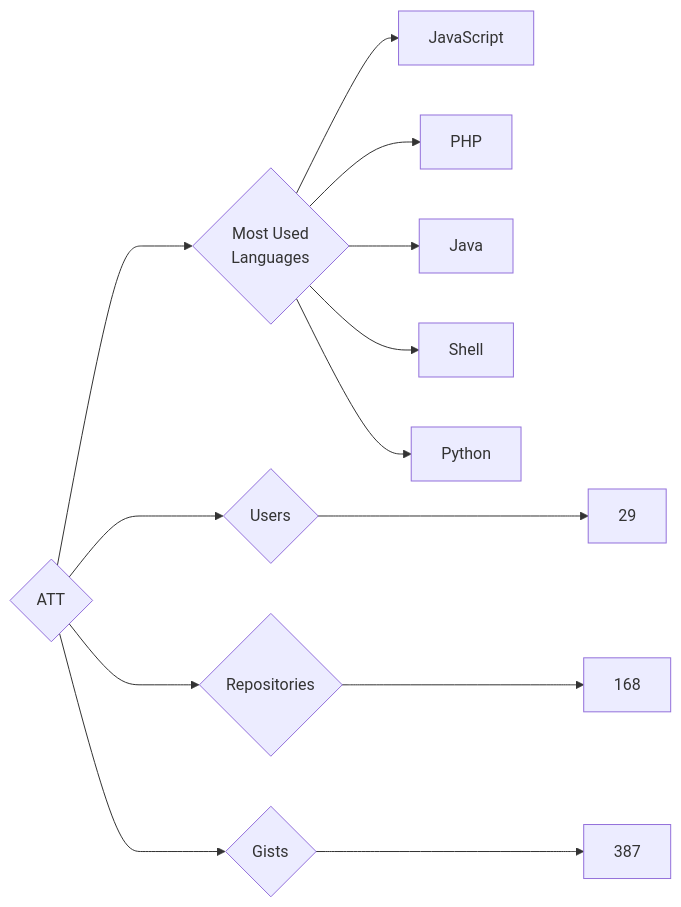
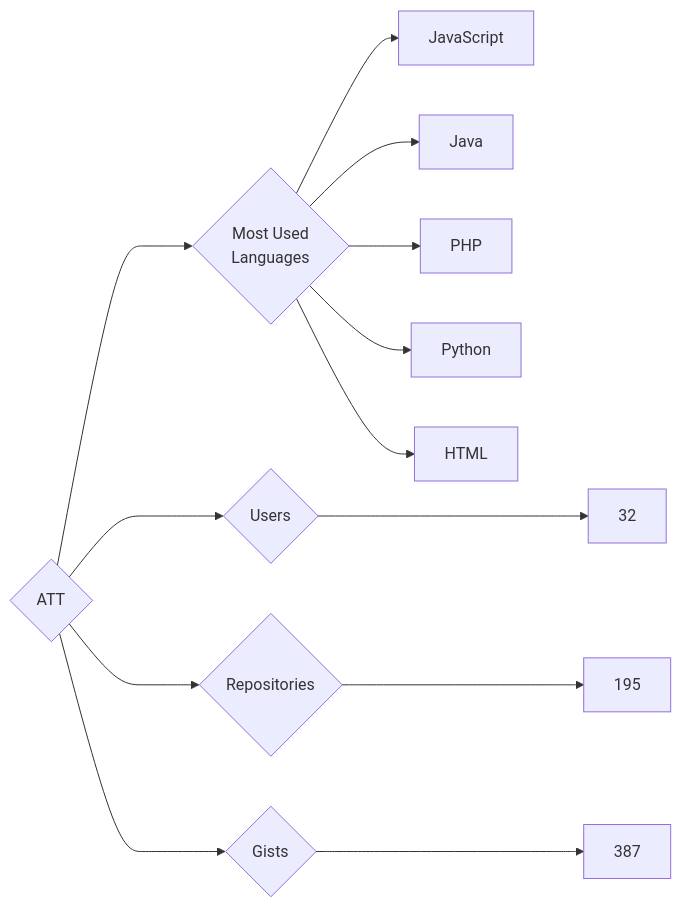
One commit to trickest/insiders changed the diagram in targets/ATT/README.md. Above: the diagram before and after it, drawn with Mermaid. The commit also changed 916 other files, not shown here.

````diff
--- a/targets/ATT/README.md
+++ b/targets/ATT/README.md
@@ -3,13 +3,13 @@
 ```mermaid
 graph LR
 COMPANY_NAME{ATT}
-COMPANY_NAME ---> U{Users} ---> UN[29]
-COMPANY_NAME ---> R{Repositories} ---> RN[168]
+COMPANY_NAME ---> U{Users} ---> UN[32]
+COMPANY_NAME ---> R{Repositories} ---> RN[195]
 COMPANY_NAME ---> G{Gists} ---> GN[387]
 COMPANY_NAME ---> ML{Most Used<br>Languages}
 ML --> JavaScript[JavaScript]
+ML --> Java[Java]
 ML --> PHP[PHP]
-ML --> Java[Java]
-ML --> Shell[Shell]
 ML --> Python[Python]
+ML --> HTML[HTML]
 ```
````
